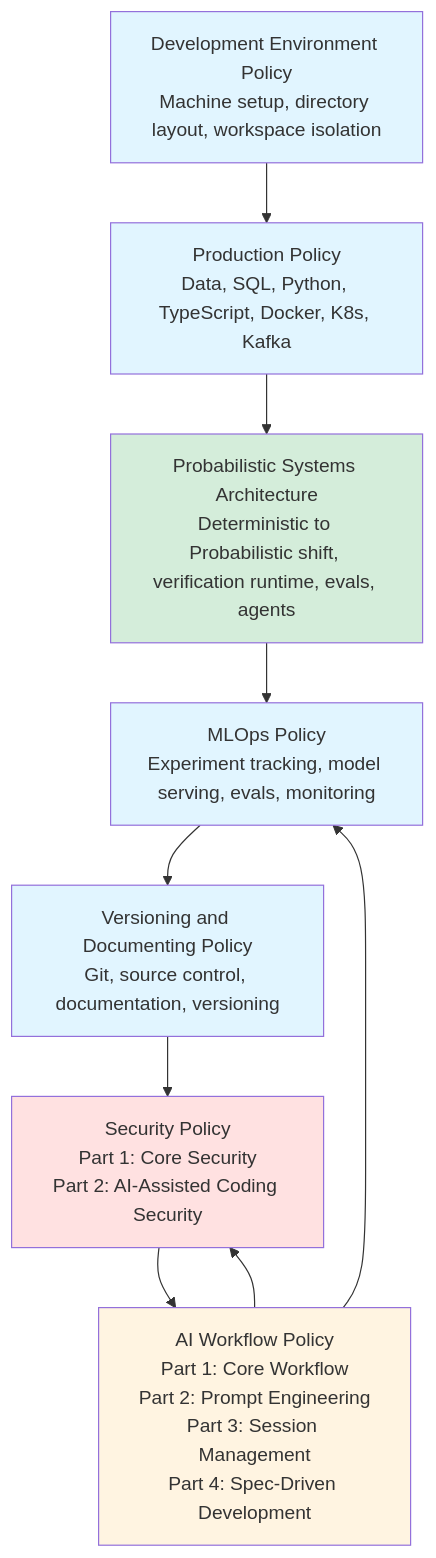
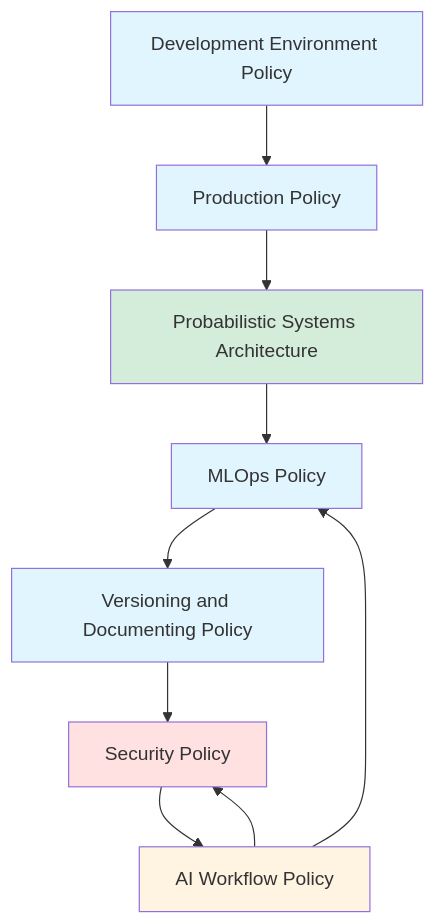
One commit to alfonsocruzvelasco/engineering-policies changed the diagram in README.md. Above: the diagram before and after it, drawn with Mermaid.

Commit message:
Simplify Mermaid diagram: remove line breaks to fix rendering issues

````diff
--- a/README.md
+++ b/README.md
@@ -154,19 +154,19 @@
 ```mermaid
 flowchart TD
-    A["Development Environment Policy<br/>Machine setup, directory layout, workspace isolation"] --> B["Production Policy<br/>Data, SQL, Python, TypeScript, Docker, K8s, Kafka"]
-    B --> G["Probabilistic Systems Architecture<br/>Deterministic to Probabilistic shift, verification runtime, evals, agents"]
-    G --> C["MLOps Policy<br/>Experiment tracking, model serving, evals, monitoring"]
-    C --> D["Versioning and Documenting Policy<br/>Git, source control, documentation, versioning"]
-    D --> E["Security Policy<br/>Part 1: Core Security<br/>Part 2: AI-Assisted Coding Security"]
-    E --> F["AI Workflow Policy<br/>Part 1: Core Workflow<br/>Part 2: Prompt Engineering<br/>Part 3: Session Management<br/>Part 4: Spec-Driven Development"]
+    A[Development Environment Policy] --> B[Production Policy]
+    B --> G[Probabilistic Systems Architecture]
+    G --> C[MLOps Policy]
+    C --> D[Versioning and Documenting Policy]
+    D --> E[Security Policy]
+    E --> F[AI Workflow Policy]
     F --> C
     F --> E
 
     style A fill:#e1f5ff
     style B fill:#e1f5ff
     style G fill:#d4edda
     style C fill:#e1f5ff
     style D fill:#e1f5ff
     style E fill:#ffe1e1
     style F fill:#fff4e1
 ```
````
